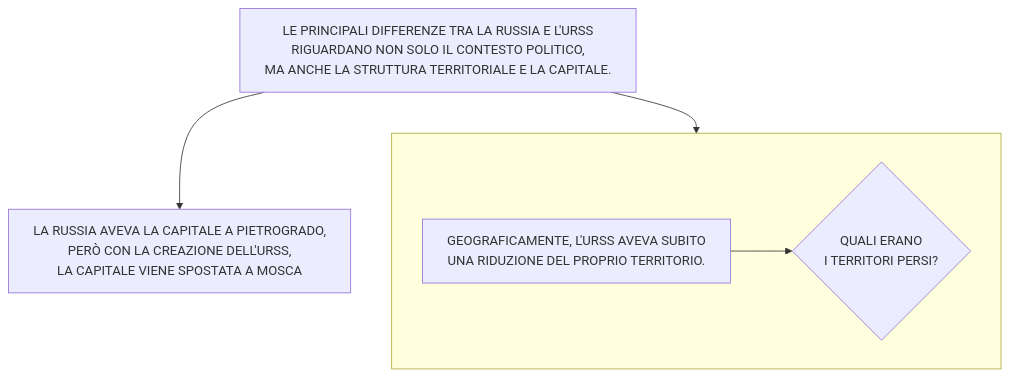
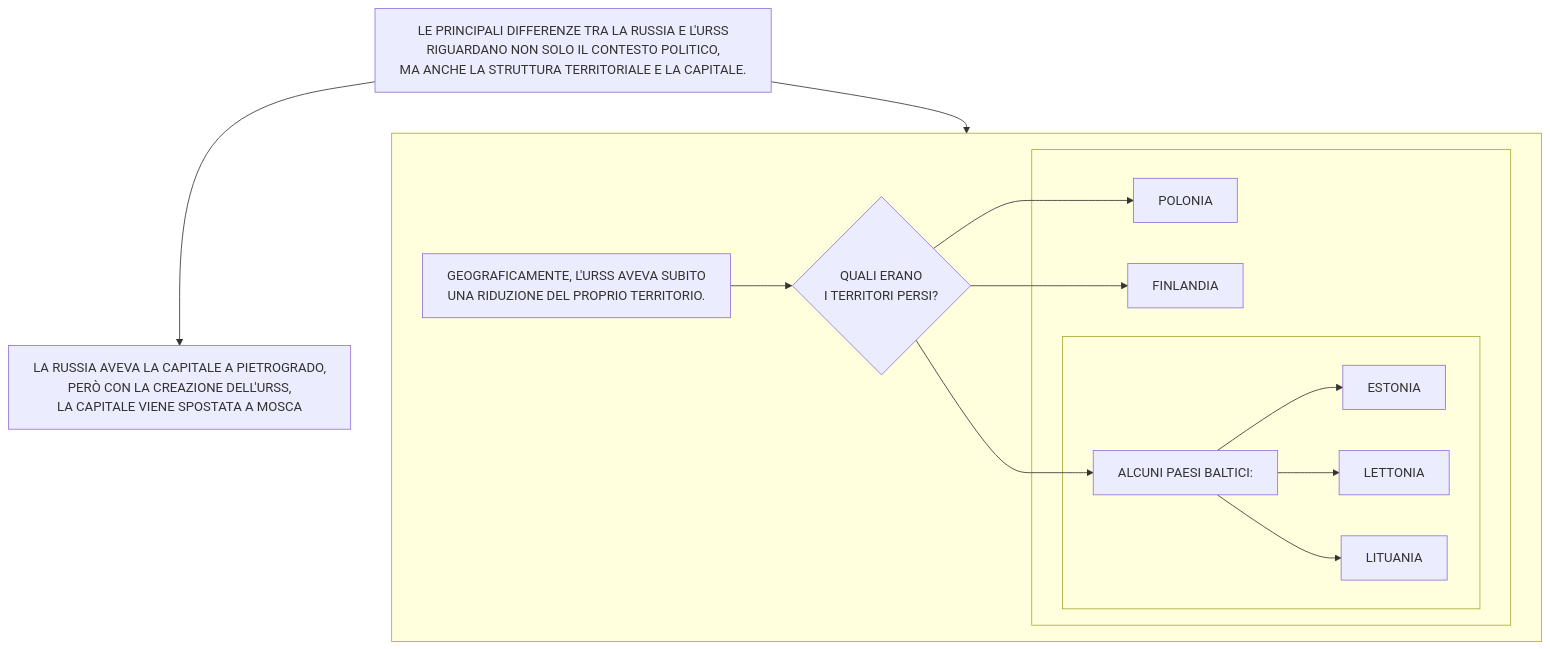
Before and after one commit to Laaouatni/ricerca-storia-MermaidJS: diagram 13 of 13 in stalinismoRiscrittura.md, drawn with Mermaid.

````diff
--- a/stalinismoRiscrittura.md
+++ b/stalinismoRiscrittura.md
@@ -243,14 +243,25 @@
 ```mermaid
 %%{init: { "flowchart": { "wrappingWidth": 800 } }}%%
 flowchart TB
   0[LE PRINCIPALI DIFFERENZE TRA LA RUSSIA E L'URSS <br> RIGUARDANO NON SOLO IL CONTESTO POLITICO, <br>MA ANCHE LA STRUTTURA TERRITORIALE E LA CAPITALE.]
   1[LA RUSSIA AVEVA LA CAPITALE A PIETROGRADO, <BR>PERÒ CON LA CREAZIONE DELL'URSS, <BR>LA CAPITALE VIENE SPOSTATA A MOSCA]
   subgraph 3[" "]
     2[GEOGRAFICAMENTE, L'URSS AVEVA SUBITO <BR>UNA RIDUZIONE DEL PROPRIO TERRITORIO.]
     4{QUALI ERANO <br> I TERRITORI PERSI?}
     2 --> 4
-    
+    subgraph 5[" "]
+      50[POLONIA]
+      51[FINLANDIA]
+      subgraph 52[" "]
+        6[ALCUNI PAESI BALTICI:]
+        520[ESTONIA]
+        521[LETTONIA]
+        522[LITUANIA]
+        6 --> 520 & 521 & 522
+      end
+    end
+    4 --> 50 & 51 & 6
   end
   
   0 --> 1 & 3
 ```
````
